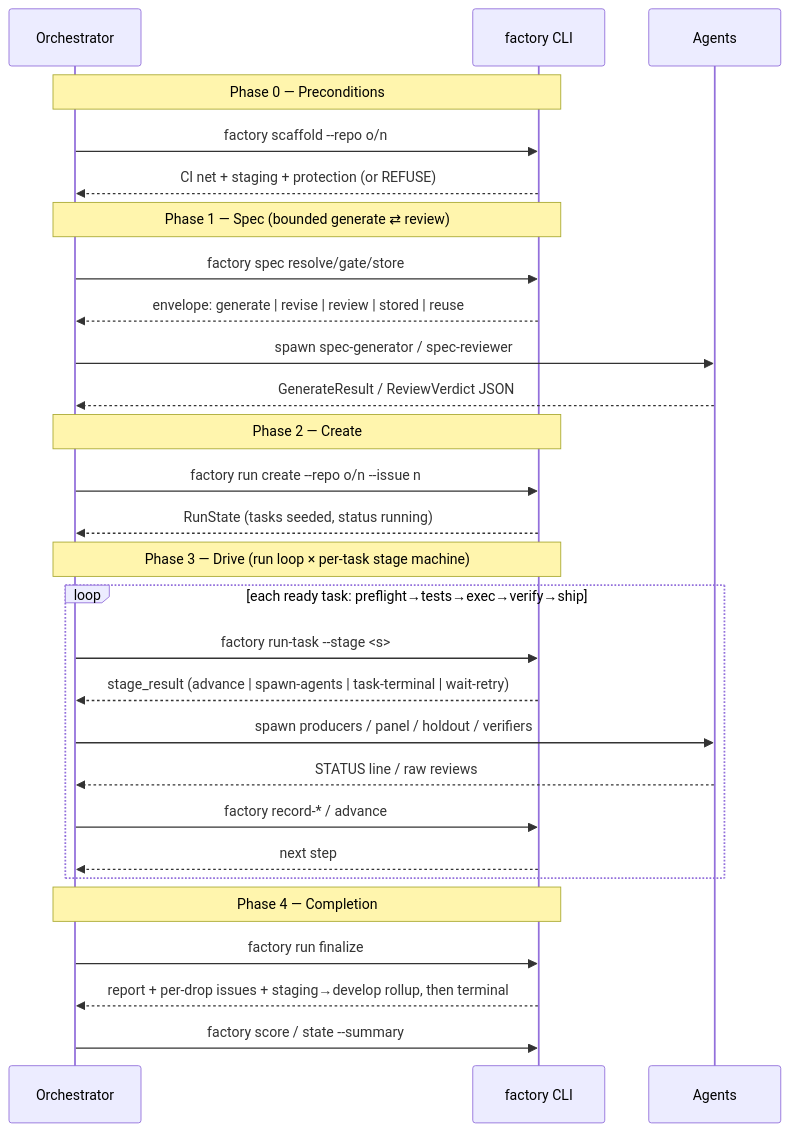
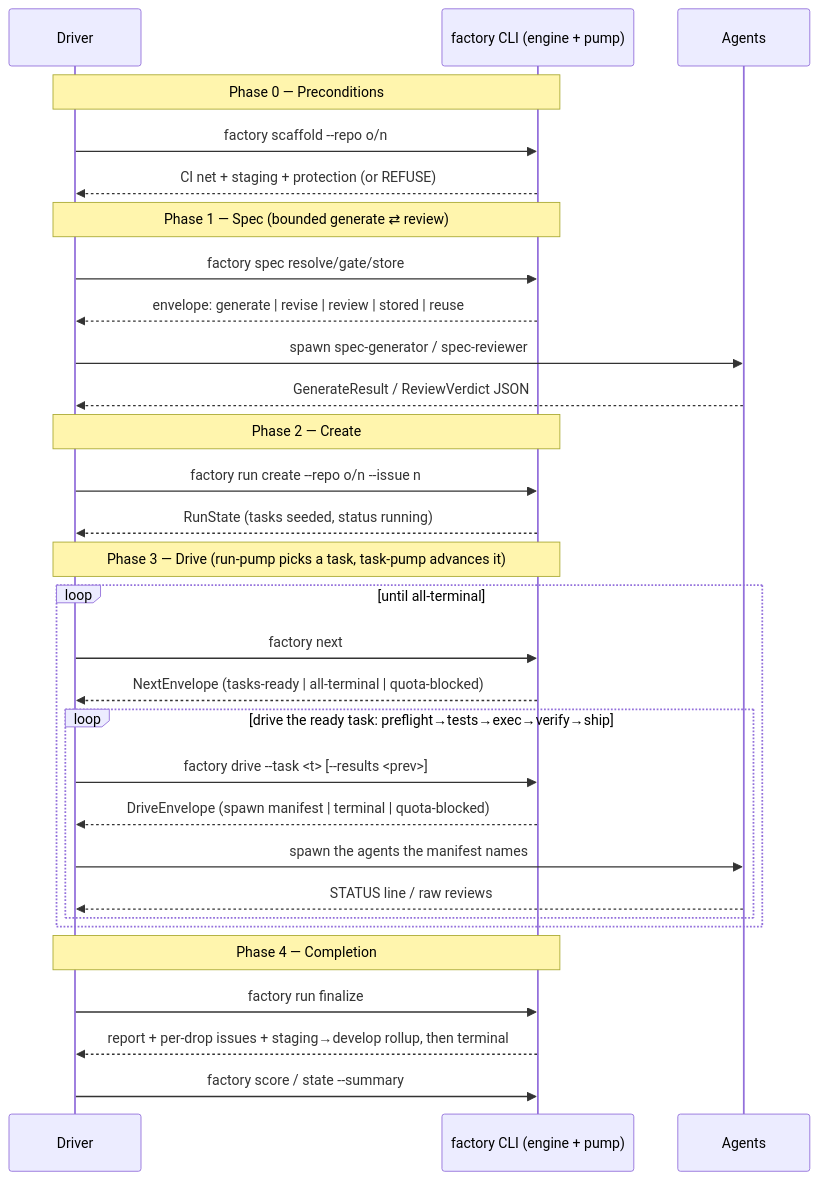
The third of 3 diagrams in docs/architecture/overview.md (jfa94/factory), drawn with Mermaid before and after one commit. The commit also changed other lines of this file and 10 other files, not shown here.

First line of the commit message:
docs: Scribe sweep onto the one-engine/two-drivers architecture

````diff
--- a/docs/architecture/overview.md
+++ b/docs/architecture/overview.md
@@ -87,35 +97,37 @@
 ```mermaid
 sequenceDiagram
-  participant O as Orchestrator
-  participant CLI as factory CLI
+  participant O as Driver
+  participant CLI as factory CLI (engine + pump)
   participant A as Agents
 
   Note over O,CLI: Phase 0 — Preconditions
   O->>CLI: factory scaffold --repo o/n
   CLI-->>O: CI net + staging + protection (or REFUSE)
 
   Note over O,CLI: Phase 1 — Spec (bounded generate ⇄ review)
   O->>CLI: factory spec resolve/gate/store
   CLI-->>O: envelope: generate | revise | review | stored | reuse
   O->>A: spawn spec-generator / spec-reviewer
   A-->>O: GenerateResult / ReviewVerdict JSON
 
   Note over O,CLI: Phase 2 — Create
   O->>CLI: factory run create --repo o/n --issue n
   CLI-->>O: RunState (tasks seeded, status running)
 
-  Note over O,CLI: Phase 3 — Drive (run loop × per-task stage machine)
-  loop each ready task: preflight→tests→exec→verify→ship
-    O->>CLI: factory run-task --stage <s>
-    CLI-->>O: stage_result (advance | spawn-agents | task-terminal | wait-retry)
-    O->>A: spawn producers / panel / holdout / verifiers
-    A-->>O: STATUS line / raw reviews
-    O->>CLI: factory record-* / advance
-    CLI-->>O: next step
+  Note over O,CLI: Phase 3 — Drive (run-pump picks a task, task-pump advances it)
+  loop until all-terminal
+    O->>CLI: factory next
+    CLI-->>O: NextEnvelope (tasks-ready | all-terminal | quota-blocked)
+    loop drive the ready task: preflight→tests→exec→verify→ship
+      O->>CLI: factory drive --task <t> [--results <prev>]
+      CLI-->>O: DriveEnvelope (spawn manifest | terminal | quota-blocked)
+      O->>A: spawn the agents the manifest names
+      A-->>O: STATUS line / raw reviews
+    end
   end
 
   Note over O,CLI: Phase 4 — Completion
   O->>CLI: factory run finalize
   CLI-->>O: report + per-drop issues + staging→develop rollup, then terminal
   O->>CLI: factory score / state --summary
 ```
````
